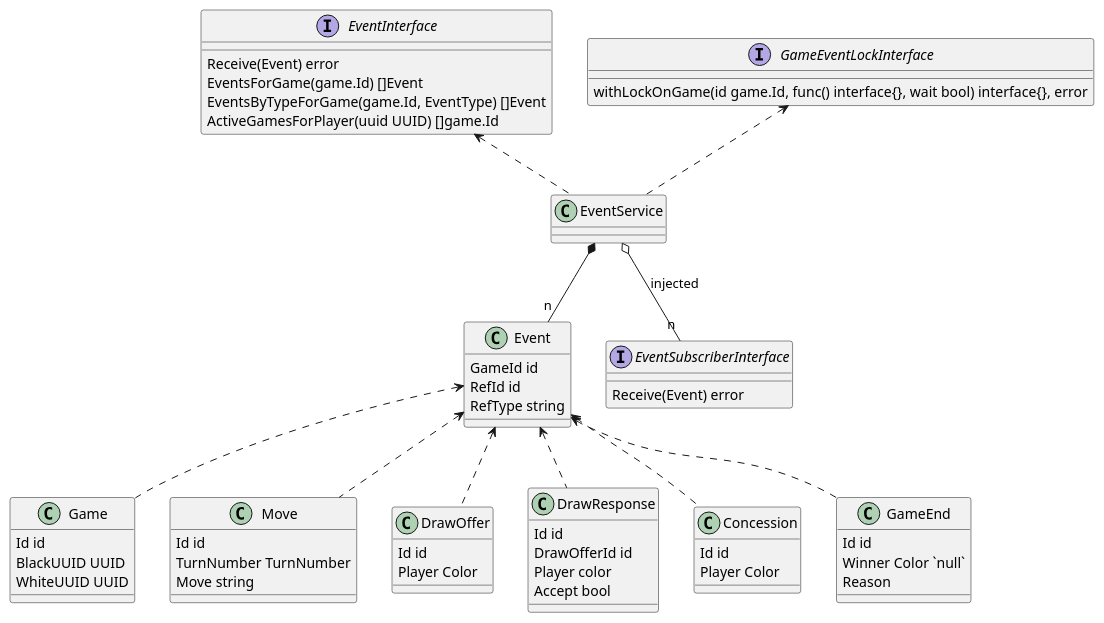
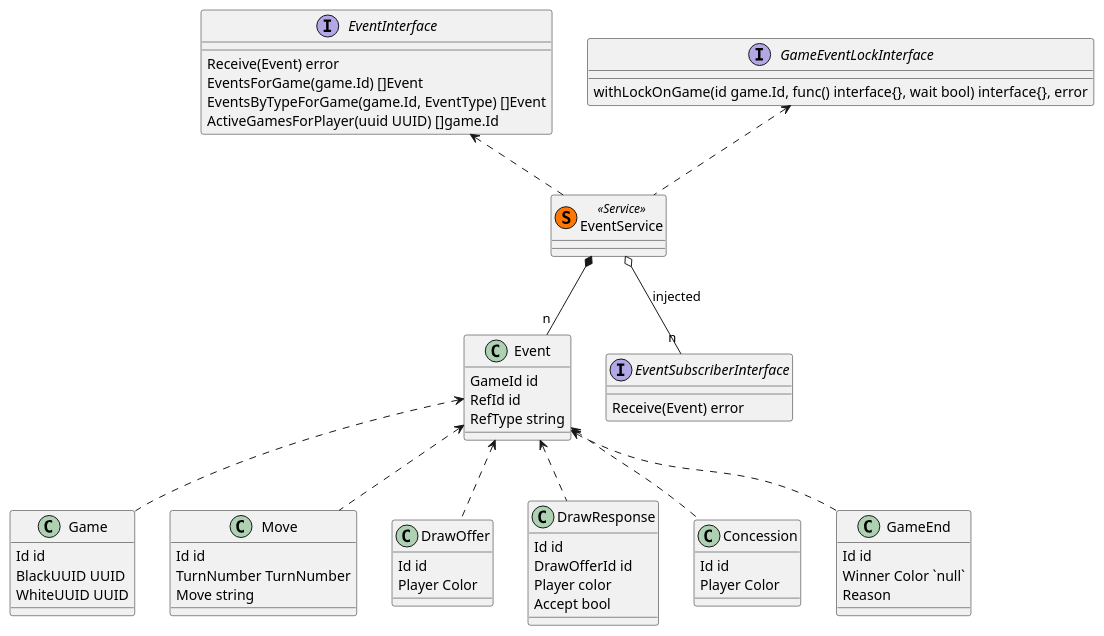
The fourth of 7 diagrams in design/class_diagrams.rst (gnidan/foodtastechess-docs), drawn with PlantUML before and after one commit. The commit also changed other lines of this file, not shown here.

Commit message:
More iterating on class diagrams

```diff
--- a/design/class_diagrams.rst
+++ b/design/class_diagrams.rst
@@ -105,69 +105,69 @@
 .. uml::
     interface EventInterface {
         Receive(Event) error
         EventsForGame(game.Id) []Event
         EventsByTypeForGame(game.Id, EventType) []Event
         ActiveGamesForPlayer(uuid UUID) []game.Id
     }
 
     class Event {
         GameId id
         RefId id
         RefType string
     }
 
     class Game {
         Id id
         BlackUUID UUID
         WhiteUUID UUID
     }
 
     class Move {
         Id id
         TurnNumber TurnNumber
         Move string
     }
 
     class DrawOffer {
         Id id
         Player Color
     }
 
     class DrawResponse {
         Id id
         DrawOfferId id
         Player color
         Accept bool
     }
 
     class Concession {
         Id id
         Player Color
     }
 
     class GameEnd {
         Id id
         Winner Color `null`
         Reason
     }
 
     Game .up.> Event
     Move .up.> Event
     DrawOffer .up.> Event
     DrawResponse .up.> Event
     Concession .up.> Event
     GameEnd .up.> Event
 
     interface EventSubscriberInterface {
         Receive(Event) error
     }
 
     interface GameEventLockInterface {
         withLockOnGame(id game.Id, func() interface{}, wait bool) interface{}, error
     }
 
-    class EventService
+    class EventService << (S,#FF7700) Service >>
     EventService *-- "n" Event
     EventService o-- "n" EventSubscriberInterface : injected
     EventService .up.> GameEventLockInterface
     EventService .up.> EventInterface
```
